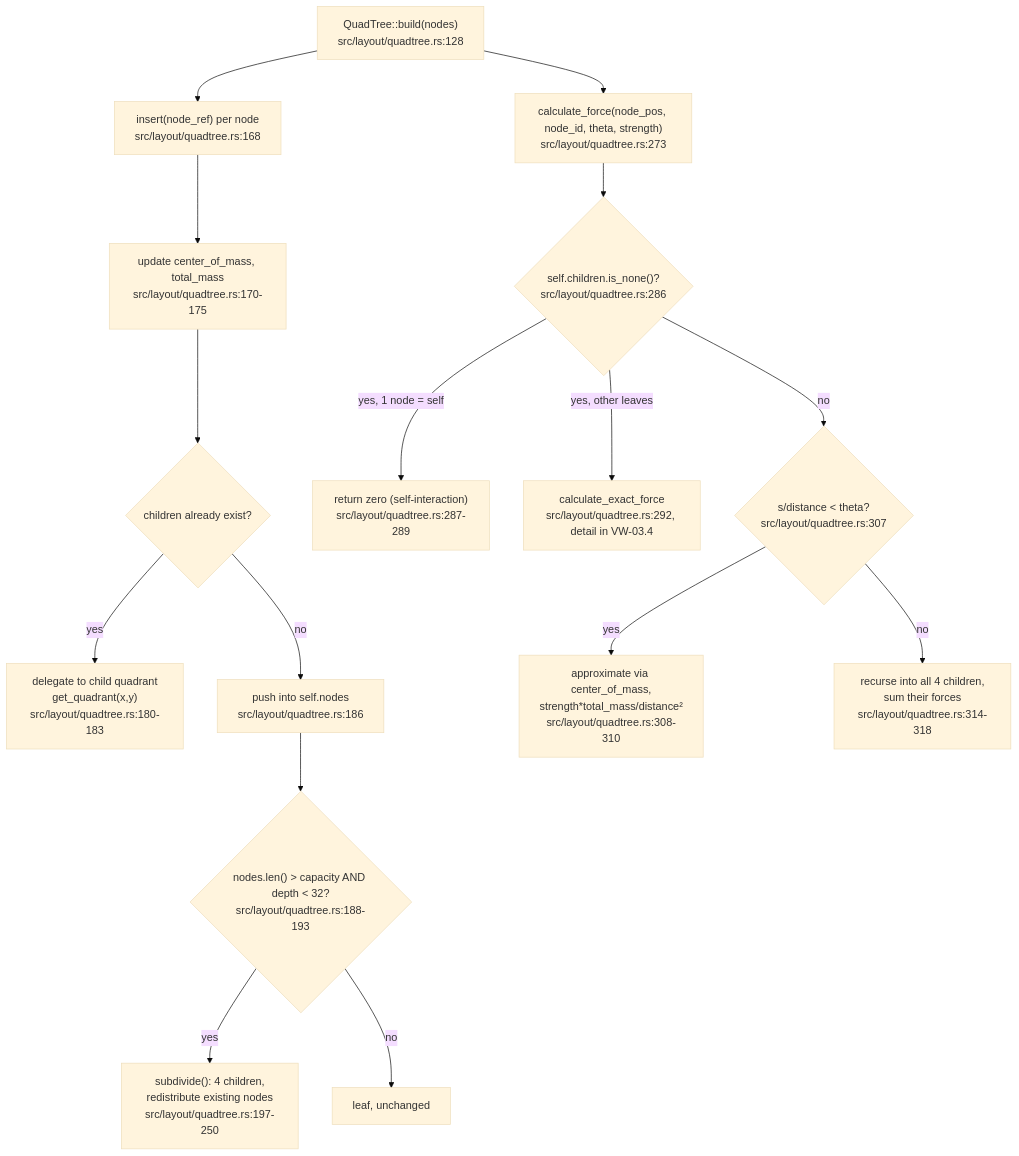
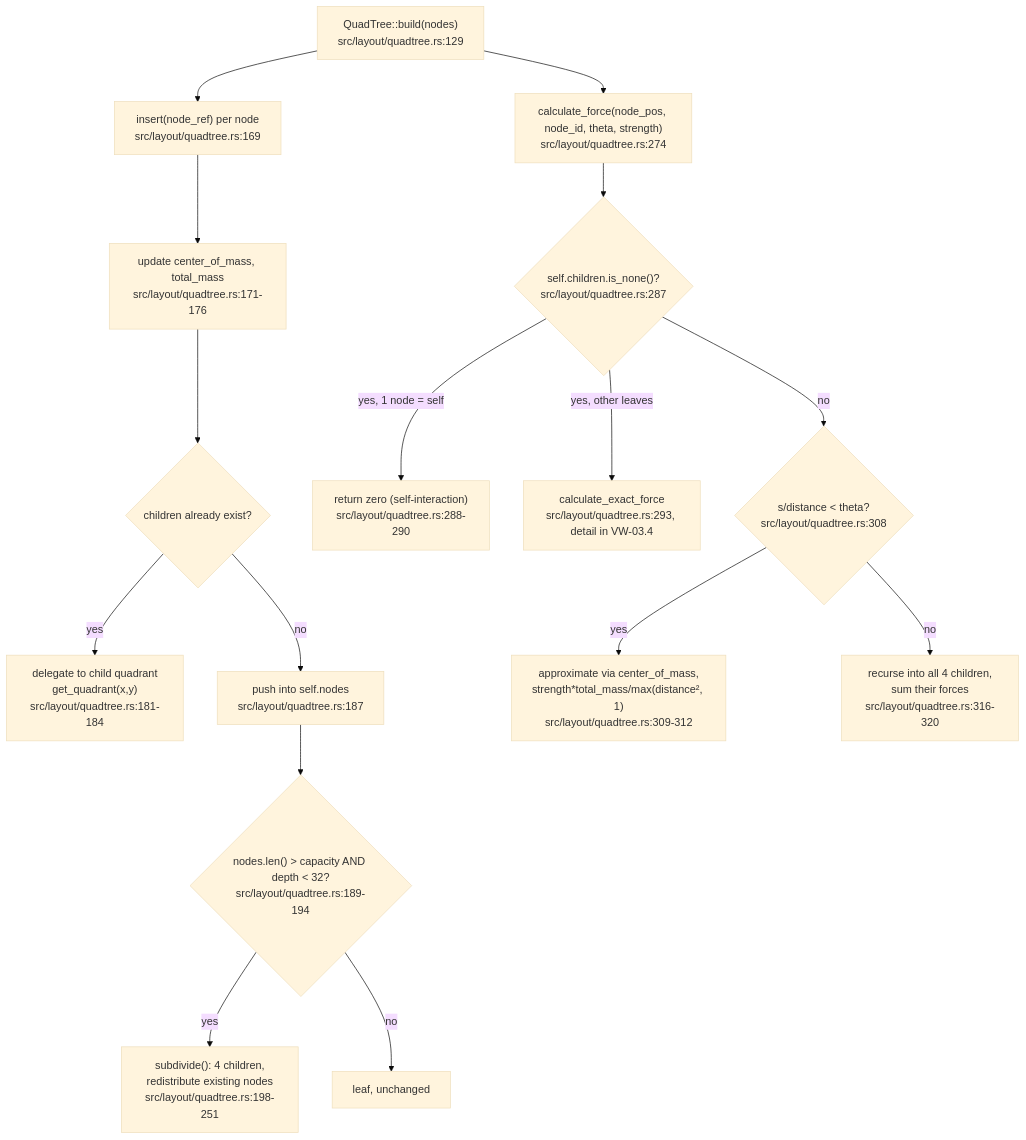
One commit to DreamLab-AI/VisionFlow changed the third of 10 diagrams in docs/diagrams/vowl-wasm/03-force-layout-lifecycle.md. Above: the diagram before and after it, drawn with Mermaid (base theme). The commit also changed other lines of this file and 5 other files, not shown here.

First line of the commit message:
docs(diagrams): vowl-wasm re-verified at v0.4.0 (0779174)

````diff
--- a/docs/diagrams/vowl-wasm/03-force-layout-lifecycle.md
+++ b/docs/diagrams/vowl-wasm/03-force-layout-lifecycle.md
@@ -61,18 +74,18 @@
 ```mermaid
 flowchart TB
-    B["QuadTree::build(nodes)<br/>src/layout/quadtree.rs:128"] --> INS["insert(node_ref) per node<br/>src/layout/quadtree.rs:168"]
-    INS --> COM["update center_of_mass, total_mass<br/>src/layout/quadtree.rs:170-175"]
+    B["QuadTree::build(nodes)<br/>src/layout/quadtree.rs:129"] --> INS["insert(node_ref) per node<br/>src/layout/quadtree.rs:169"]
+    INS --> COM["update center_of_mass, total_mass<br/>src/layout/quadtree.rs:171-176"]
     COM --> HASCH{"children already exist?"}
-    HASCH -->|yes| DELEGATE["delegate to child quadrant<br/>get_quadrant(x,y)<br/>src/layout/quadtree.rs:180-183"]
-    HASCH -->|no| PUSH["push into self.nodes<br/>src/layout/quadtree.rs:186"]
-    PUSH --> CAP{"nodes.len() > capacity AND depth < 32?<br/>src/layout/quadtree.rs:188-193"}
-    CAP -->|yes| SUB["subdivide(): 4 children,<br/>redistribute existing nodes<br/>src/layout/quadtree.rs:197-250"]
+    HASCH -->|yes| DELEGATE["delegate to child quadrant<br/>get_quadrant(x,y)<br/>src/layout/quadtree.rs:181-184"]
+    HASCH -->|no| PUSH["push into self.nodes<br/>src/layout/quadtree.rs:187"]
+    PUSH --> CAP{"nodes.len() > capacity AND depth < 32?<br/>src/layout/quadtree.rs:189-194"}
+    CAP -->|yes| SUB["subdivide(): 4 children,<br/>redistribute existing nodes<br/>src/layout/quadtree.rs:198-251"]
     CAP -->|no| DONE1["leaf, unchanged"]
-    B --> CF["calculate_force(node_pos, node_id, theta, strength)<br/>src/layout/quadtree.rs:273"]
-    CF --> LEAF{"self.children.is_none()?<br/>src/layout/quadtree.rs:286"}
-    LEAF -->|yes, 1 node = self| ZERO["return zero (self-interaction)<br/>src/layout/quadtree.rs:287-289"]
-    LEAF -->|"yes, other leaves"| EXACT["calculate_exact_force<br/>src/layout/quadtree.rs:292, detail in VW-03.4"]
-    LEAF -->|no| THETA{"s/distance < theta?<br/>src/layout/quadtree.rs:307"}
-    THETA -->|yes| APPROX["approximate via center_of_mass,<br/>strength*total_mass/distance²<br/>src/layout/quadtree.rs:308-310"]
-    THETA -->|no| RECURSE["recurse into all 4 children,<br/>sum their forces<br/>src/layout/quadtree.rs:314-318"]
+    B --> CF["calculate_force(node_pos, node_id, theta, strength)<br/>src/layout/quadtree.rs:274"]
+    CF --> LEAF{"self.children.is_none()?<br/>src/layout/quadtree.rs:287"}
+    LEAF -->|yes, 1 node = self| ZERO["return zero (self-interaction)<br/>src/layout/quadtree.rs:288-290"]
+    LEAF -->|"yes, other leaves"| EXACT["calculate_exact_force<br/>src/layout/quadtree.rs:293, detail in VW-03.4"]
+    LEAF -->|no| THETA{"s/distance < theta?<br/>src/layout/quadtree.rs:308"}
+    THETA -->|yes| APPROX["approximate via center_of_mass,<br/>strength*total_mass/max(distance², 1)<br/>src/layout/quadtree.rs:309-312"]
+    THETA -->|no| RECURSE["recurse into all 4 children,<br/>sum their forces<br/>src/layout/quadtree.rs:316-320"]
 ```
````
